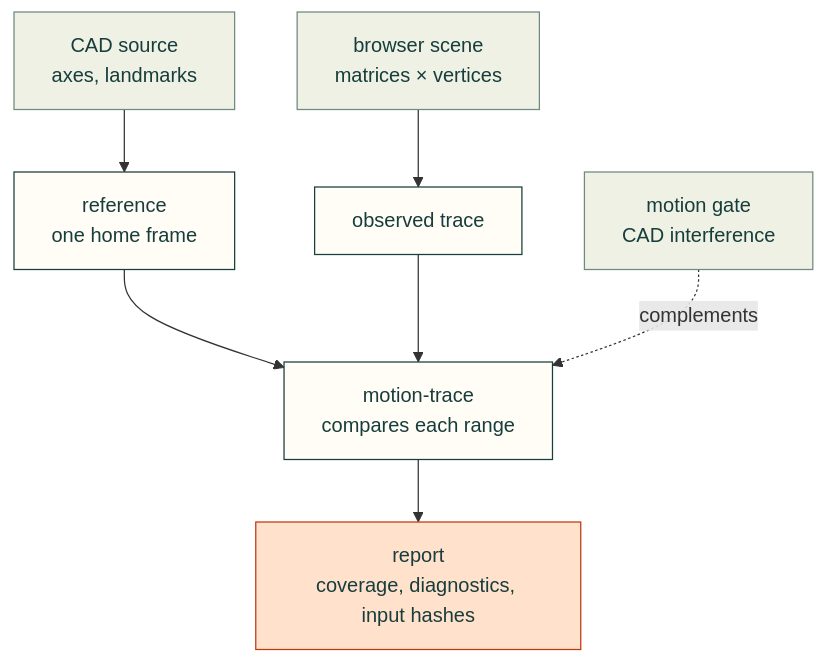
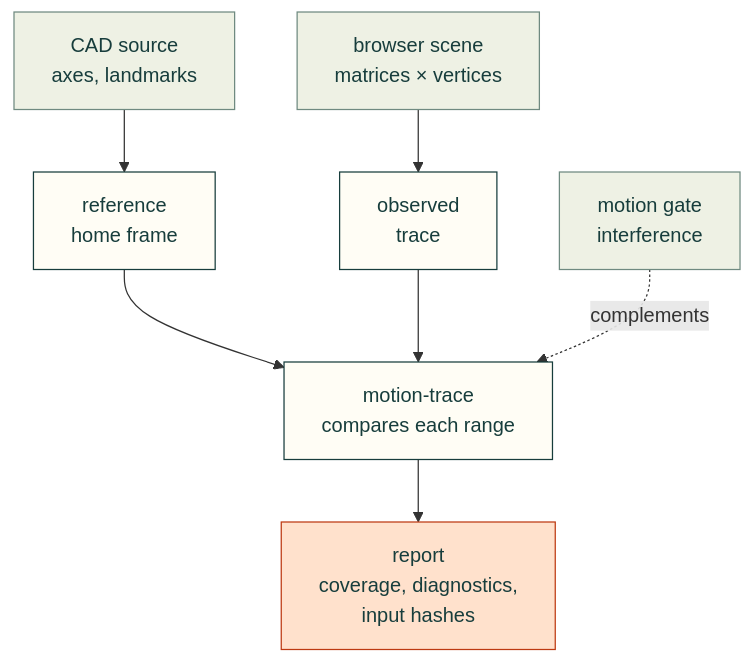
One commit to Valpatel/cad-agent changed the diagram in docs/rendered-motion.md. Above: the diagram before and after it, drawn with Mermaid. The commit also changed 5 other files, not shown here.

First line of the commit message:
Diagrams: narrow enough for a 1100 px window with a classic scrollbar

````diff
--- a/docs/rendered-motion.md
+++ b/docs/rendered-motion.md
@@ -8,14 +8,14 @@
 ```mermaid
 flowchart TD
-    CAD["CAD source<br/>axes, landmarks"] --> Ref["reference<br/>one home frame"]
-    Scene["browser scene<br/>matrices × vertices"] --> Obs["observed trace"]
+    CAD["CAD source<br/>axes, landmarks"] --> Ref["reference<br/>home frame"]
+    Scene["browser scene<br/>matrices × vertices"] --> Obs["observed<br/>trace"]
     Ref & Obs --> T["motion-trace<br/>compares each range"]
-    G["motion gate<br/>CAD interference"] -.->|"complements"| T
-    T --> Rep["report<br/>coverage, diagnostics, input hashes"]
+    G["motion gate<br/>interference"] -.->|"complements"| T
+    T --> Rep["report<br/>coverage, diagnostics,<br/>input hashes"]
     classDef here fill:#fffdf5,stroke:#173d3c,color:#173d3c
     classDef near fill:#eef1e4,stroke:#6f8a80,color:#173d3c
     classDef out fill:#ffe1cc,stroke:#bd3a12,color:#173d3c
     class Ref,Obs,T here
     class CAD,Scene,G near
     class Rep out
 ```
````
